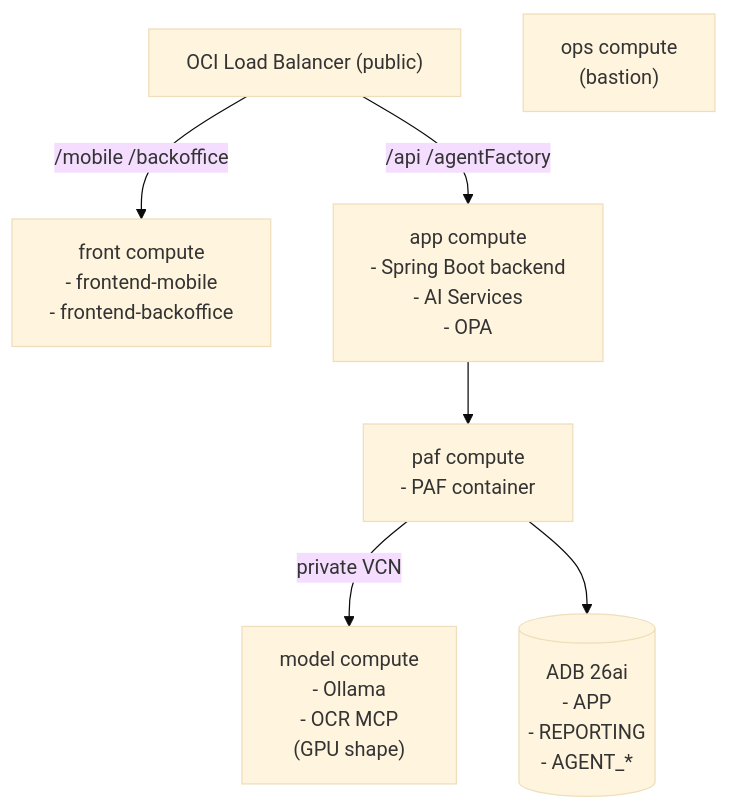
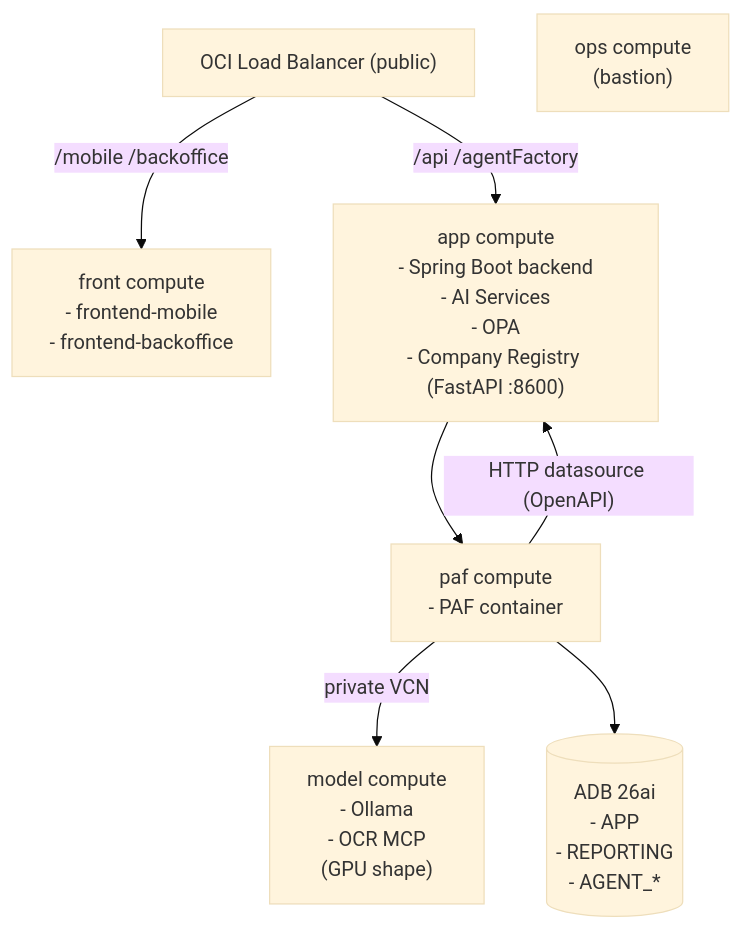
The second of 2 diagrams in docs/DEPLOYMENT.md (vmleon/oracle-database-private-agent-factory-poc), drawn with Mermaid (base theme) before and after one commit. The commit also changed other lines of this file and 3 other files, not shown here.

Commit message:
docs: plan company registry as paf http datasource for employer verify

````diff
--- a/docs/DEPLOYMENT.md
+++ b/docs/DEPLOYMENT.md
@@ -121,16 +122,17 @@
 ```mermaid
 flowchart TB
     lb["OCI Load Balancer (public)"]
     front["front compute<br/>- frontend-mobile<br/>- frontend-backoffice"]
-    app["app compute<br/>- Spring Boot backend<br/>- AI Services<br/>- OPA"]
+    app["app compute<br/>- Spring Boot backend<br/>- AI Services<br/>- OPA<br/>- Company Registry (FastAPI :8600)"]
     paf["paf compute<br/>- PAF container"]
     model["model compute<br/>- Ollama<br/>- OCR MCP<br/>(GPU shape)"]
     adb[("ADB 26ai<br/>- APP<br/>- REPORTING<br/>- AGENT_*")]
     ops["ops compute<br/>(bastion)"]
 
     lb -- "/mobile  /backoffice" --> front
     lb -- "/api  /agentFactory" --> app
     app --> paf
+    paf -- "HTTP datasource (OpenAPI)" --> app
     paf -- "private VCN" --> model
     paf --> adb
 ```
````
